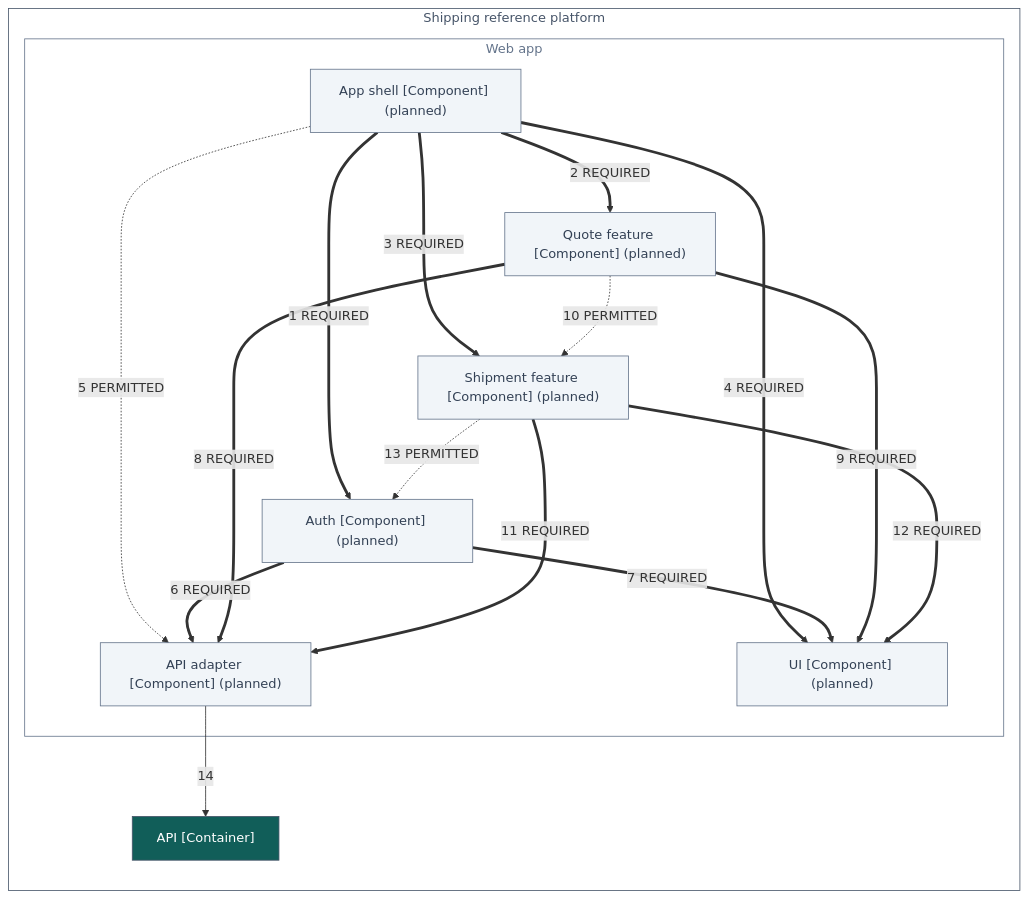
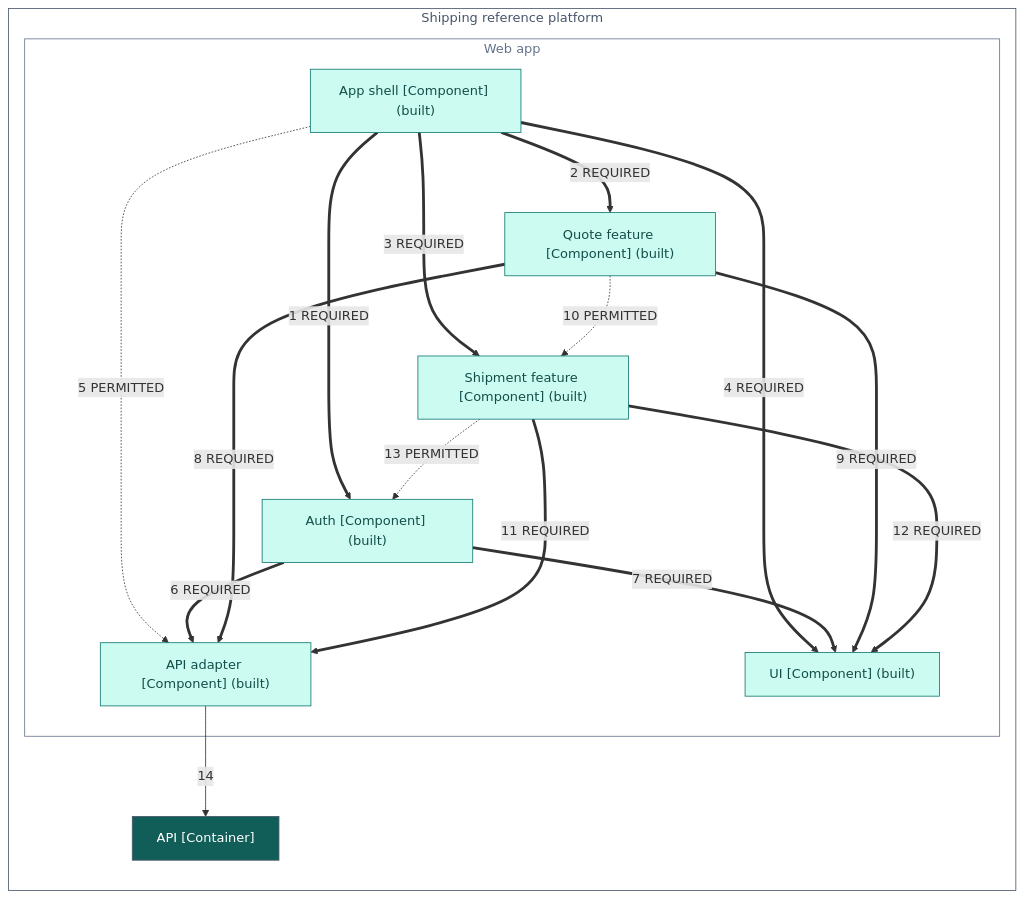
Before and after one commit to Stig-Johnny/shipping-reference-platform: the diagram in docs/architecture/web-components.mmd, drawn with Mermaid. The commit also changed 94 other files, not shown here.

```diff
--- a/docs/architecture/web-components.mmd
+++ b/docs/architecture/web-components.mmd
@@ -1,38 +1,38 @@
 %% Generated—do not hand-edit. Source: architecture/workspace.dsl, view WebComponents.
 flowchart LR
     accTitle: Components of the Web app
     accDescr: Component view with 7 elements and 14 relationships. The tables on the page list every one of them.
     subgraph 5 ["Shipping reference platform"]
         style 5 fill:#ffffff,stroke:#475569,color:#475569
         subgraph 6 ["Web app"]
             style 6 fill:#ffffff,stroke:#64748b,color:#64748b
-            10["Quote feature [Component] (planned)"]
-            style 10 fill:#f1f5f9,stroke:#64748b,color:#334155
-            11["Shipment feature [Component] (planned)"]
-            style 11 fill:#f1f5f9,stroke:#64748b,color:#334155
-            12["UI [Component] (planned)"]
-            style 12 fill:#f1f5f9,stroke:#64748b,color:#334155
-            7["App shell [Component] (planned)"]
-            style 7 fill:#f1f5f9,stroke:#64748b,color:#334155
-            8["Auth [Component] (planned)"]
-            style 8 fill:#f1f5f9,stroke:#64748b,color:#334155
-            9["API adapter [Component] (planned)"]
-            style 9 fill:#f1f5f9,stroke:#64748b,color:#334155
+            10["Quote feature [Component] (built)"]
+            style 10 fill:#ccfbf1,stroke:#0f766e,color:#134e4a
+            11["Shipment feature [Component] (built)"]
+            style 11 fill:#ccfbf1,stroke:#0f766e,color:#134e4a
+            12["UI [Component] (built)"]
+            style 12 fill:#ccfbf1,stroke:#0f766e,color:#134e4a
+            7["App shell [Component] (built)"]
+            style 7 fill:#ccfbf1,stroke:#0f766e,color:#134e4a
+            8["Auth [Component] (built)"]
+            style 8 fill:#ccfbf1,stroke:#0f766e,color:#134e4a
+            9["API adapter [Component] (built)"]
+            style 9 fill:#ccfbf1,stroke:#0f766e,color:#134e4a
         end
         13["API [Container]"]
         style 13 fill:#115e59,stroke:#475569,color:#ffffff
     end
     7 ==>|"1 REQUIRED"| 8
     7 ==>|"2 REQUIRED"| 10
     7 ==>|"3 REQUIRED"| 11
     7 ==>|"4 REQUIRED"| 12
     7 -.->|"5 PERMITTED"| 9
     8 ==>|"6 REQUIRED"| 9
     8 ==>|"7 REQUIRED"| 12
     10 ==>|"8 REQUIRED"| 9
     10 ==>|"9 REQUIRED"| 12
     10 -.->|"10 PERMITTED"| 11
     11 ==>|"11 REQUIRED"| 9
     11 ==>|"12 REQUIRED"| 12
     11 -.->|"13 PERMITTED"| 8
     9 -->|"14"| 13
```
